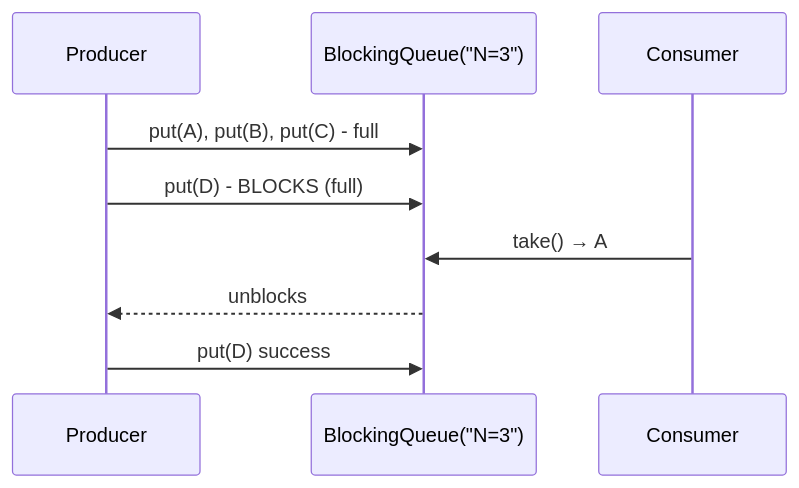
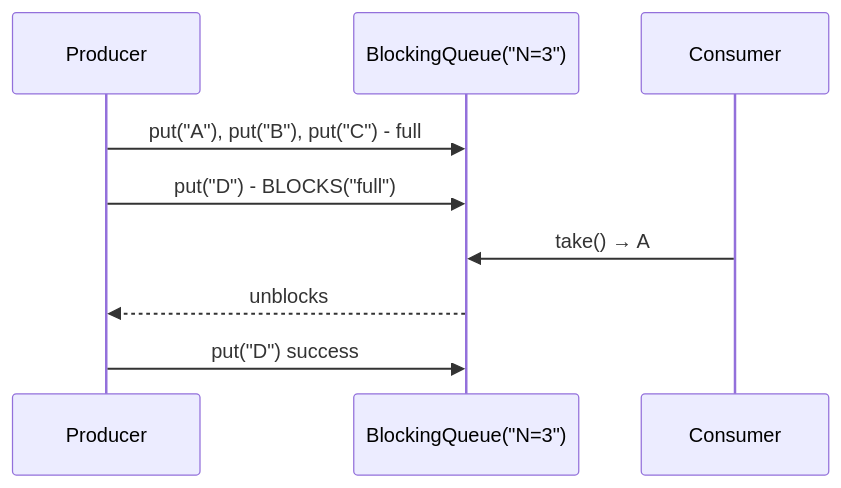
Before and after one commit to pploc/swe-icon-the-moment: the diagram in content/questions/fundamentals/producer-consumer.md, drawn with Mermaid. The commit also changed 138 other files, not shown here.

````diff
--- a/content/questions/fundamentals/producer-consumer.md
+++ b/content/questions/fundamentals/producer-consumer.md
@@ -88,12 +88,13 @@
 ```mermaid
 sequenceDiagram
     participant P as Producer
     participant Q as BlockingQueue("N=3")
     participant C as Consumer
-    P->>Q: put(A), put(B), put(C) - full
-    P->>Q: put(D) - BLOCKS (full)
+    P->>Q: put("A"), put("B"), put("C") - full
+    P->>Q: put("D") - BLOCKS("full")
     C->>Q: take() → A
     Q-->>P: unblocks
-    P->>Q: put(D) success
+    P->>Q: put("D") success
+
 
 ```
````
